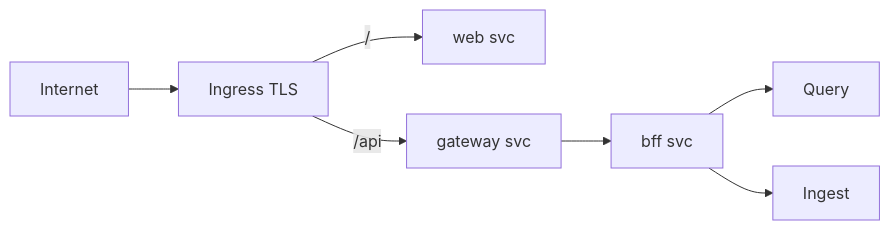
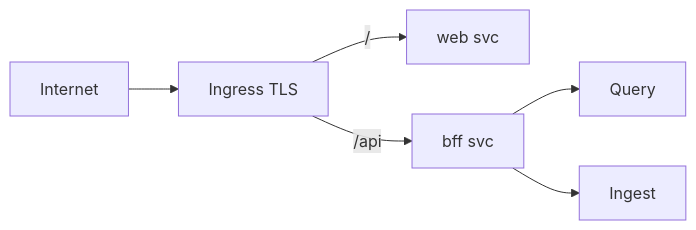
The second of 2 diagrams in docs/architecture/09-deployment.md (Chuchoss/it-labor-pulse), drawn with Mermaid before and after one commit. The commit also changed other lines of this file and 30 other files, not shown here.

First line of the commit message:
refactor(api): drop separate gateway; public BFF on :8080

````diff
--- a/docs/architecture/09-deployment.md
+++ b/docs/architecture/09-deployment.md
@@ -84,9 +83,8 @@
 ```mermaid
 flowchart LR
   Inet[Internet] --> Ing[Ingress TLS]
   Ing -->|/| Web[web svc]
-  Ing -->|/api| GW[gateway svc]
-  GW --> BFF[bff svc]
+  Ing -->|/api| BFF[bff svc]
   BFF --> Query
   BFF --> Ingest
 ```
````
